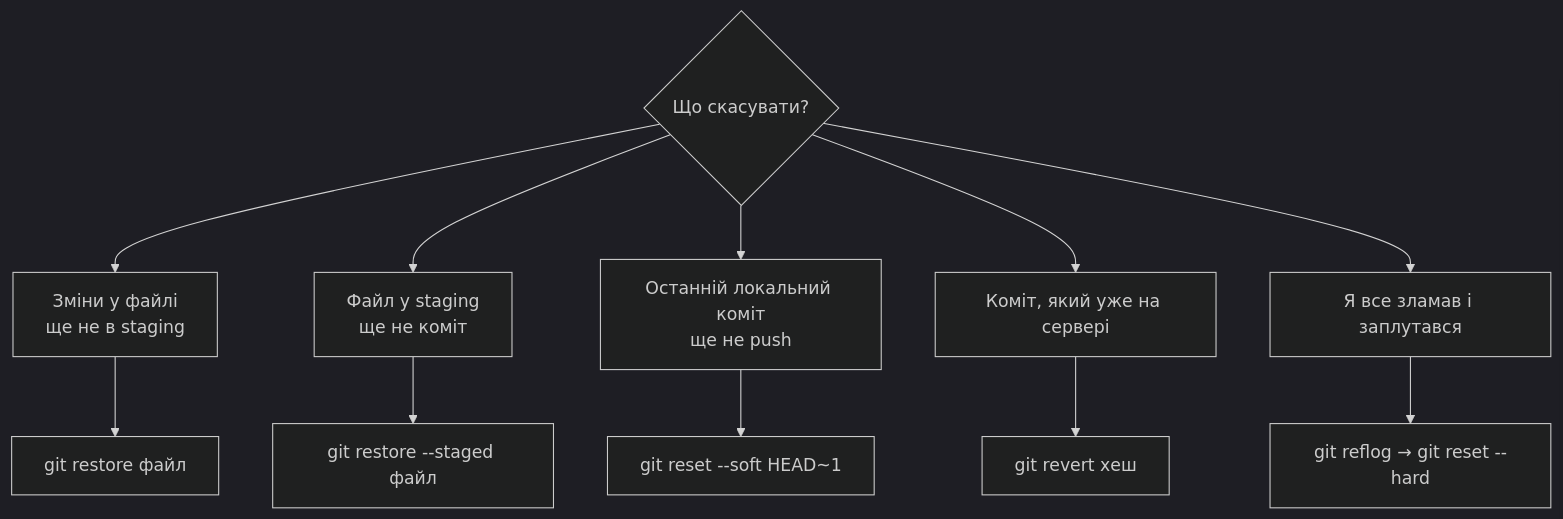
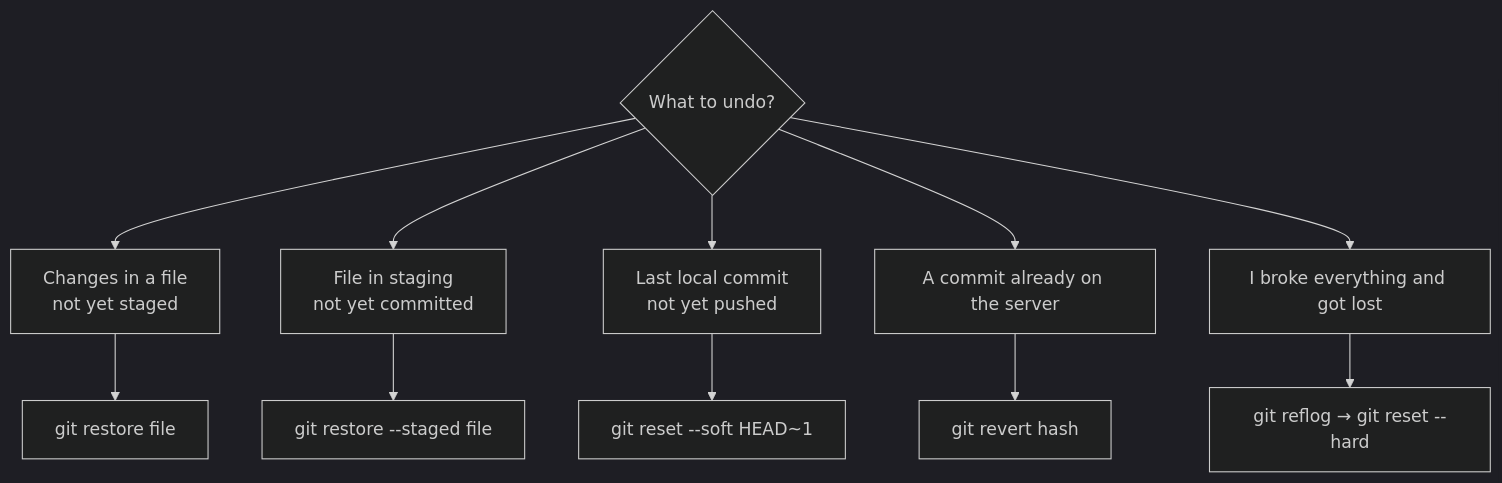
One commit to andriyevski/python-learning-portfolio changed the ninth of 14 diagrams in git_commands.md. Above: the diagram before and after it, drawn with Mermaid (dark theme). The commit also changed other lines of this file and 3 other files, not shown here.

````diff
--- a/git_commands.md
+++ b/git_commands.md
@@ -414,13 +414,13 @@
 ```mermaid
 graph TD
-    Q{"Що скасувати?"} --> A["Зміни у файлі<br/>ще не в staging"]
-    Q --> B["Файл у staging<br/>ще не коміт"]
-    Q --> C["Останній локальний коміт<br/>ще не push"]
-    Q --> D["Коміт, який уже на сервері"]
-    Q --> E["Я все зламав і заплутався"]
-    A --> A1["git restore файл"]
-    B --> B1["git restore --staged файл"]
+    Q{"What to undo?"} --> A["Changes in a file<br/>not yet staged"]
+    Q --> B["File in staging<br/>not yet committed"]
+    Q --> C["Last local commit<br/>not yet pushed"]
+    Q --> D["A commit already on the server"]
+    Q --> E["I broke everything and got lost"]
+    A --> A1["git restore file"]
+    B --> B1["git restore --staged file"]
     C --> C1["git reset --soft HEAD~1"]
-    D --> D1["git revert хеш"]
+    D --> D1["git revert hash"]
     E --> E1["git reflog → git reset --hard"]
 ```
````
